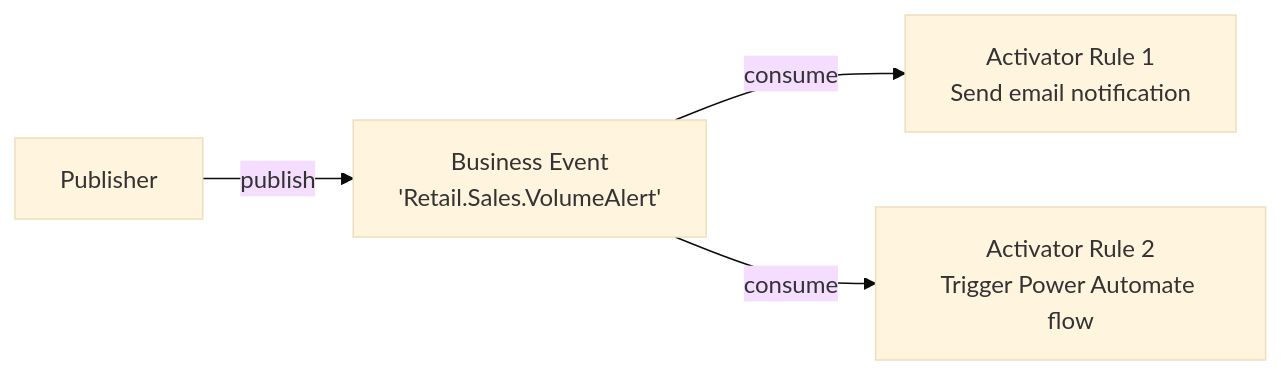
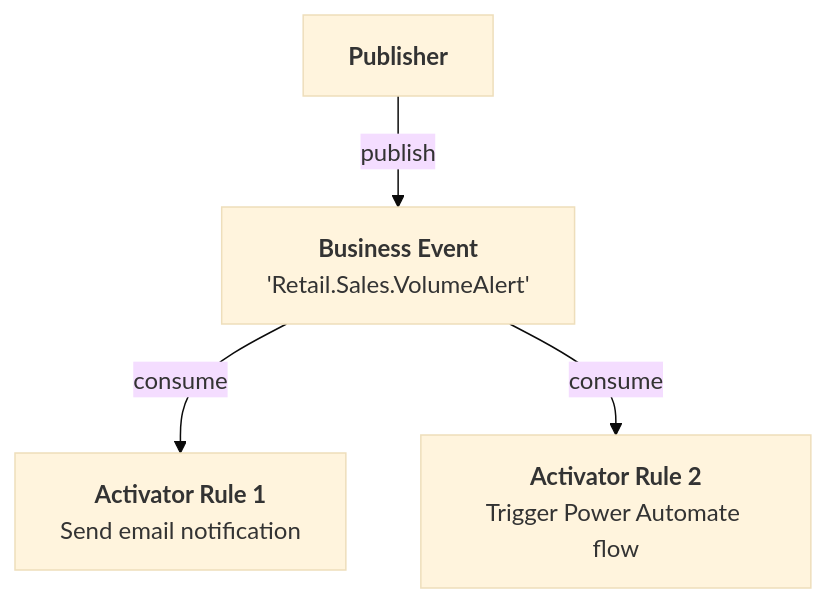
Before and after one commit to microsoft/fabric-events: the third of 4 diagrams in docs/business-events/design-guides/multi-consumer-fanout.md, drawn with Mermaid (base theme). The commit also changed other lines of this file and 225 other files, not shown here.

First line of the commit message:
Publish public Business Events scenarios and refreshed documentation

````diff
--- a/docs/business-events/design-guides/multi-consumer-fanout.md
+++ b/docs/business-events/design-guides/multi-consumer-fanout.md
@@ -36,6 +47,11 @@
 ```mermaid
-flowchart LR
-    P[Publisher] -->|publish| BE[Business Event\n'Retail.Sales.VolumeAlert']
-    BE -->|consume| A1[Activator Rule 1\nSend email notification]
-    BE -->|consume| A2[Activator Rule 2\nTrigger Power Automate flow]
+flowchart TB
+    P["<b>Publisher</b>"]
+    BE["<b>Business Event</b><br/>'Retail.Sales.VolumeAlert'"]
+    A1["<b>Activator Rule 1</b><br/>Send email notification"]
+    A2["<b>Activator Rule 2</b><br/>Trigger Power Automate flow"]
+
+    P -->|"publish"| BE
+    BE -->|"consume"| A1
+    BE -->|"consume"| A2
 ```
````
